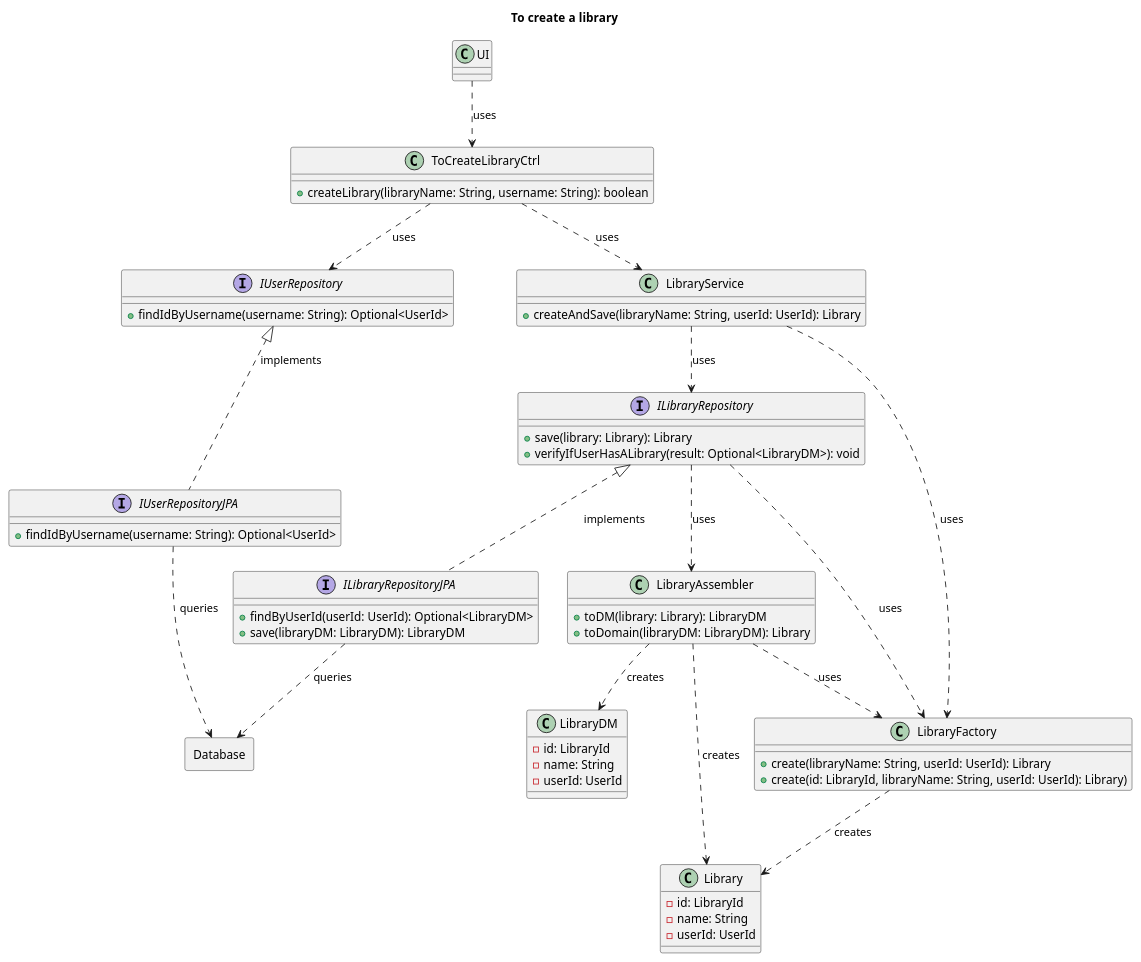
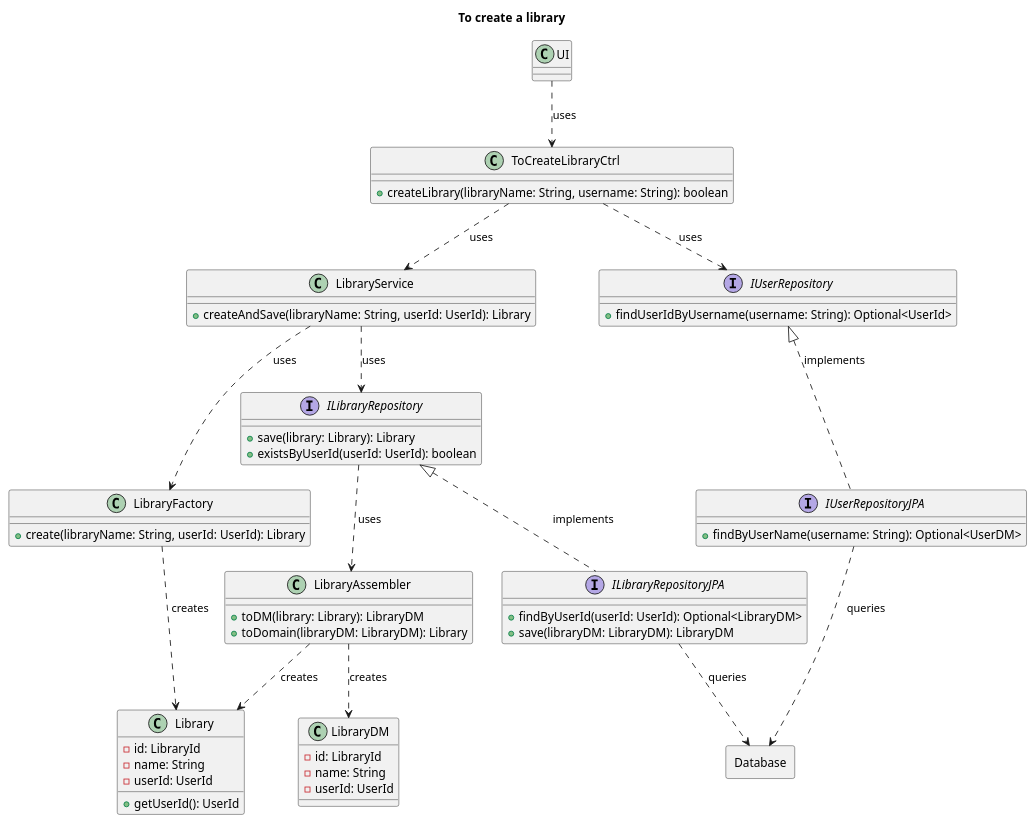
The diagram in Diagrams/ClassDiagrams/To-create-a-library.puml (AndrePereiraGitH/SWitCH-Project-Team_A), drawn with PlantUML before and after one commit. The commit also changed 3 other files, not shown here.

```diff
--- a/Diagrams/ClassDiagrams/To-create-a-library.puml
+++ b/Diagrams/ClassDiagrams/To-create-a-library.puml
@@ -1,85 +1,83 @@
 @startuml
 title To create a library
 
 ' ── UI Layer ───────────────────────────────────────────────
 class UI {
 }
 
 ' ── Application Layer ──────────────────────────────────────
 class ToCreateLibraryCtrl {
     + createLibrary(libraryName: String, username: String): boolean
 }
 
 class LibraryService {
     + createAndSave(libraryName: String, userId: UserId): Library
 }
 
 ' ── Domain Layer ───────────────────────────────────────────
 interface IUserRepository {
-    + findIdByUsername(username: String): Optional<UserId>
+    + findUserIdByUsername(username: String): Optional<UserId>
 }
 
 interface ILibraryRepository {
     + save(library: Library): Library
-    + verifyIfUserHasALibrary(result: Optional<LibraryDM>): void
+    + existsByUserId(userId: UserId): boolean
 }
 
 class LibraryFactory {
     + create(libraryName: String, userId: UserId): Library
-    + create(id: LibraryId, libraryName: String, userId: UserId): Library)
 }
 
 class Library {
     - id: LibraryId
     - name: String
     - userId: UserId
+    + getUserId(): UserId
 }
 
 ' ── Infrastructure Layer ───────────────────────────────────
 interface IUserRepositoryJPA {
-    + findIdByUsername(username: String): Optional<UserId>
+    + findByUserName(username: String): Optional<UserDM>
 }
 
 interface ILibraryRepositoryJPA {
     + findByUserId(userId: UserId): Optional<LibraryDM>
     + save(libraryDM: LibraryDM): LibraryDM
 }
 
 class LibraryAssembler {
     + toDM(library: Library): LibraryDM
     + toDomain(libraryDM: LibraryDM): Library
 }
 
 class LibraryDM {
     - id: LibraryId
     - name: String
     - userId: UserId
 }
 
 Rectangle Database {
 }
 
 ' ── Relationships ──────────────────────────────────────────
 UI ..> ToCreateLibraryCtrl: uses
 ToCreateLibraryCtrl ..> IUserRepository: uses
 ToCreateLibraryCtrl ..> LibraryService: uses
 
 LibraryService ..> LibraryFactory: uses
 LibraryService ..> ILibraryRepository: uses
 
 IUserRepository <|.. IUserRepositoryJPA: implements
 ILibraryRepository <|.. ILibraryRepositoryJPA: implements
 
 ILibraryRepository ..> LibraryAssembler: uses
-ILibraryRepository ..> LibraryFactory: uses
 
-LibraryAssembler ..> LibraryFactory: uses
 LibraryAssembler ..> LibraryDM: creates
 LibraryAssembler ..> Library: creates
 
 LibraryFactory ..> Library: creates
 
 IUserRepositoryJPA ..> Database: queries
 ILibraryRepositoryJPA ..> Database: queries
 
 @enduml
```
